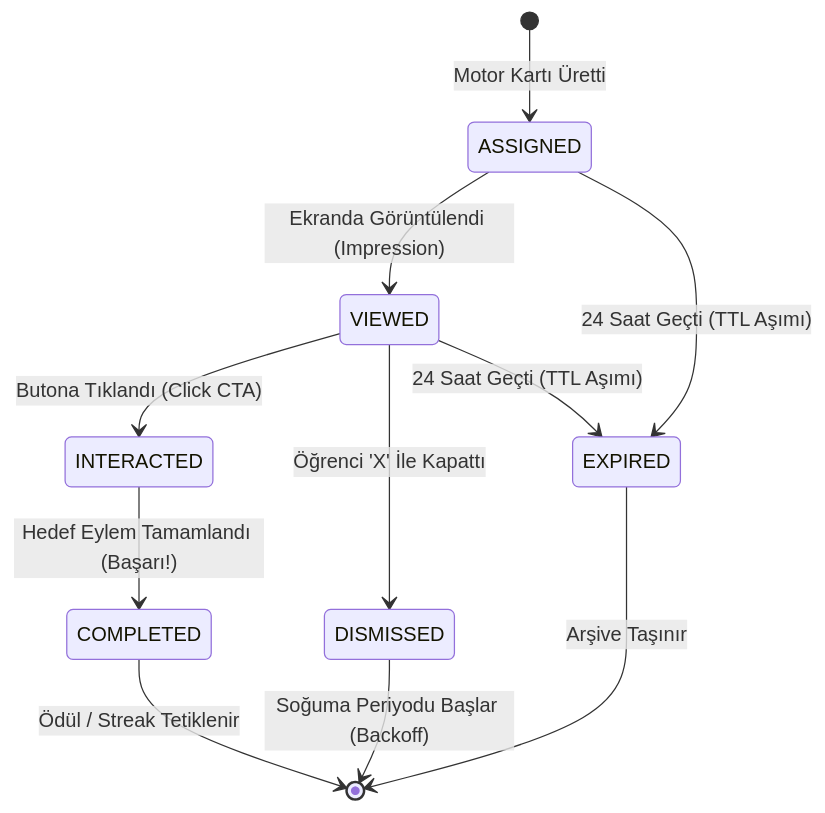
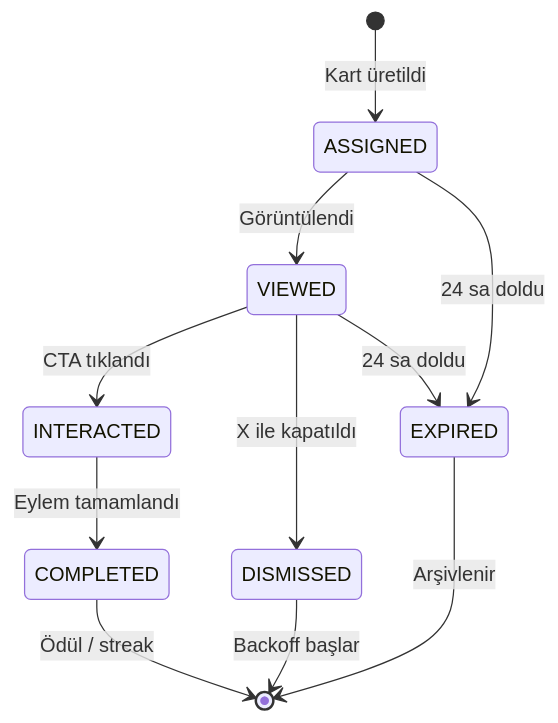
The second of 2 diagrams in docs/intervention-engine-and-surveys.md (Losdreyfedus/doping-pulse), drawn with Mermaid before and after one commit. The commit also changed other lines of this file and 3 other files, not shown here.

First line of the commit message:
docs(pulse): fix truncated mermaid labels

````diff
--- a/docs/intervention-engine-and-surveys.md
+++ b/docs/intervention-engine-and-surveys.md
@@ -104,16 +104,16 @@
 ```mermaid
 stateDiagram-v2
-    [*] --> ASSIGNED: Motor Kartı Üretti
-    ASSIGNED --> VIEWED: Ekranda Görüntülendi (Impression)
+    [*] --> ASSIGNED: Kart üretildi
+    ASSIGNED --> VIEWED: Görüntülendi
     
-    VIEWED --> INTERACTED: Butona Tıklandı (Click CTA)
-    INTERACTED --> COMPLETED: Hedef Eylem Tamamlandı (Başarı!)
+    VIEWED --> INTERACTED: CTA tıklandı
+    INTERACTED --> COMPLETED: Eylem tamamlandı
     
-    VIEWED --> DISMISSED: Öğrenci 'X' İle Kapattı
-    ASSIGNED --> EXPIRED: 24 Saat Geçti (TTL Aşımı)
-    VIEWED --> EXPIRED: 24 Saat Geçti (TTL Aşımı)
+    VIEWED --> DISMISSED: X ile kapatıldı
+    ASSIGNED --> EXPIRED: 24 sa doldu
+    VIEWED --> EXPIRED: 24 sa doldu
     
-    DISMISSED --> [*]: Soğuma Periyodu Başlar (Backoff)
-    COMPLETED --> [*]: Ödül / Streak Tetiklenir
-    EXPIRED --> [*]: Arşive Taşınır
+    DISMISSED --> [*]: Backoff başlar
+    COMPLETED --> [*]: Ödül / streak
+    EXPIRED --> [*]: Arşivlenir
 ```
````
